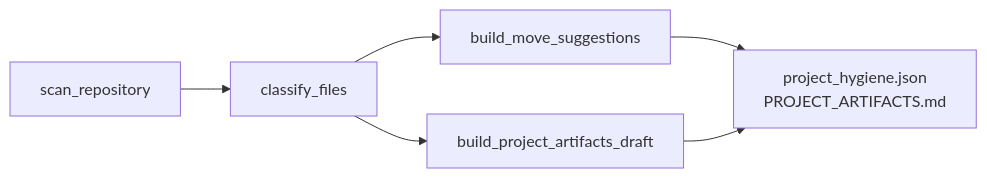
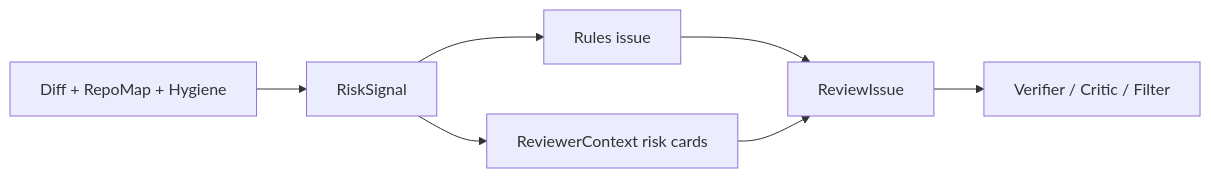
The third of 5 diagrams in docs/architecture_overview.md (wsh-prime/code-review-agent), drawn with Mermaid before and after one commit. The commit also changed other lines of this file and 20 other files, not shown here.

````diff
--- a/docs/architecture_overview.md
+++ b/docs/architecture_overview.md
@@ -240,8 +127,9 @@
 ```mermaid
 flowchart LR
-    Scan[scan_repository] --> Classify[classify_files]
-    Classify --> Planner[build_move_suggestions]
-    Classify --> Draft[build_project_artifacts_draft]
-    Planner --> Report[project_hygiene.json<br/>PROJECT_ARTIFACTS.md]
-    Draft --> Report
+    Diff[Diff + RepoMap + Hygiene] --> Risk[RiskSignal]
+    Risk --> Rules[Rules issue]
+    Risk --> Live[ReviewerContext risk cards]
+    Rules --> Candidate[ReviewIssue]
+    Live --> Candidate
+    Candidate --> Filter[Verifier / Critic / Filter]
 ```
````
